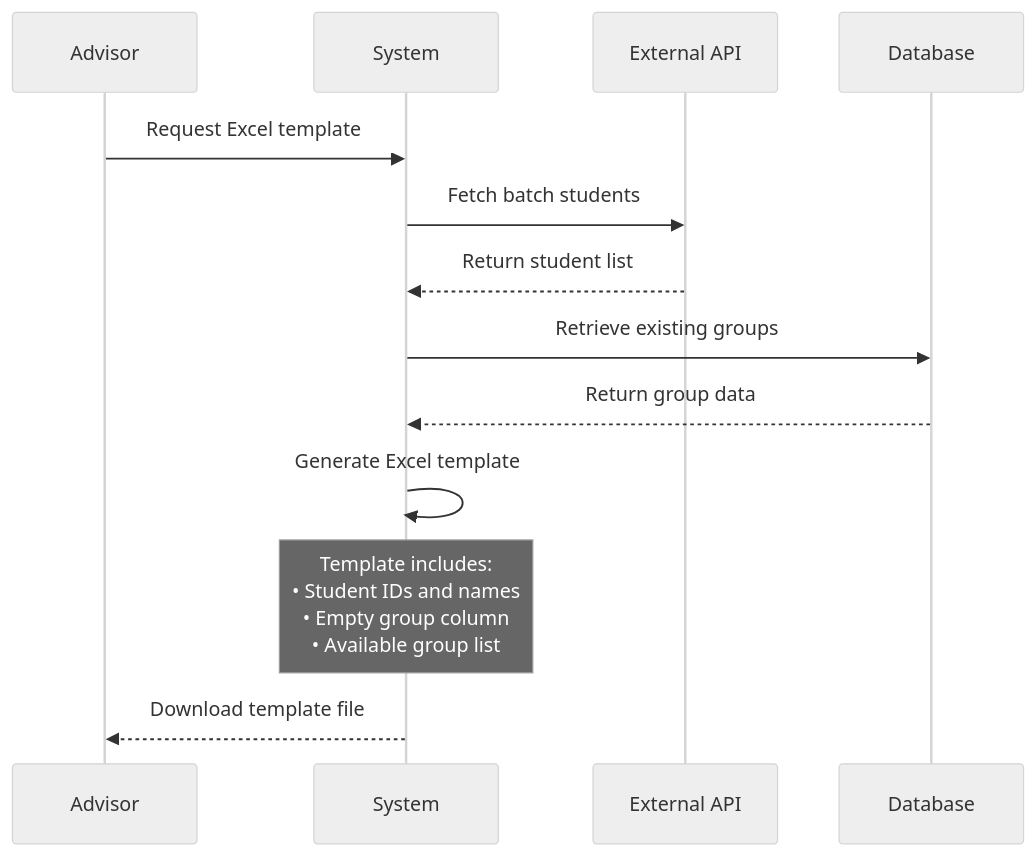
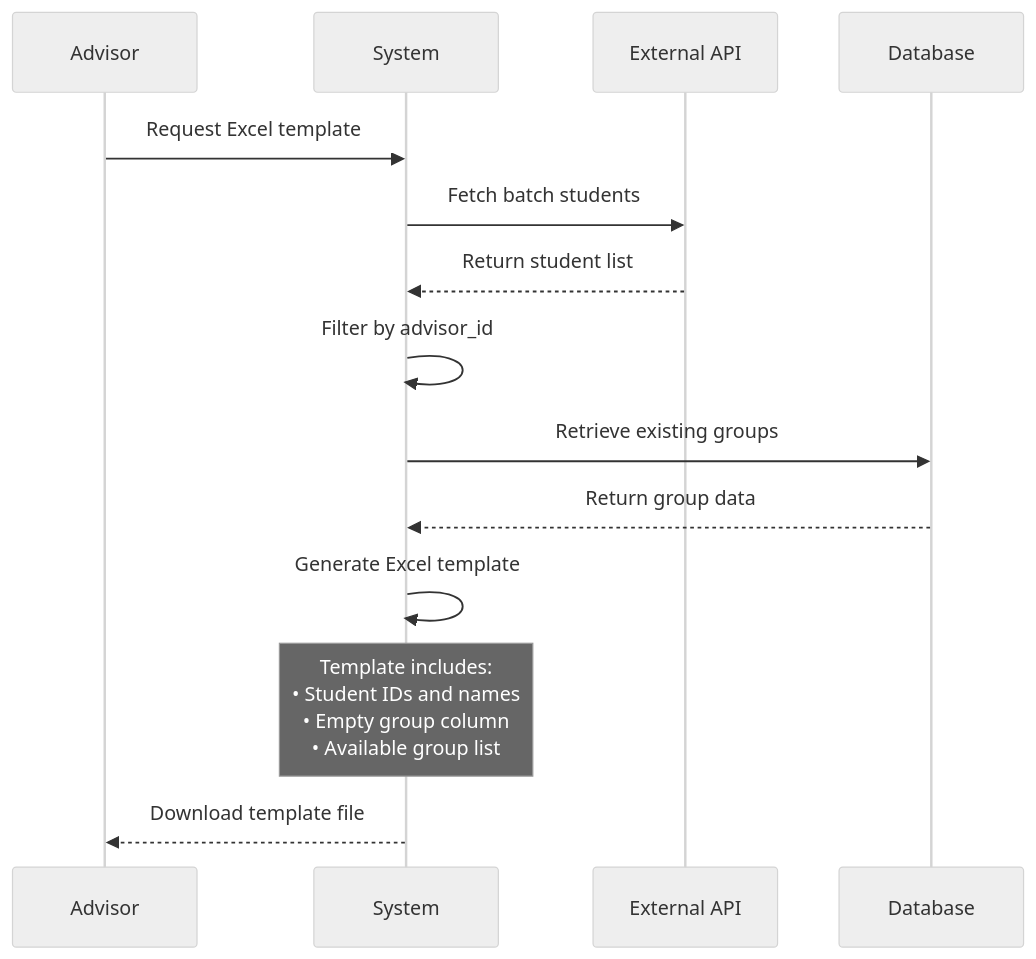
Before and after one commit to abdullah2323442/thesisrepo-backup: diagram 22 of 42 in sequence.md, drawn with Mermaid (neutral theme). The commit also changed other lines of this file, not shown here.

````diff
--- a/sequence.md
+++ b/sequence.md
@@ -493,18 +576,19 @@
 ```mermaid
 sequenceDiagram
     participant Advisor
     participant System
     participant External API
     participant Database
 
     Advisor->>System: Request Excel template
     System->>External API: Fetch batch students
     External API-->>System: Return student list
+    System->>System: Filter by advisor_id
     System->>Database: Retrieve existing groups
     Database-->>System: Return group data
     
     System->>System: Generate Excel template
     Note over System: Template includes:<br/>• Student IDs and names<br/>• Empty group column<br/>• Available group list
     
     System-->>Advisor: Download template file
 ```
````
